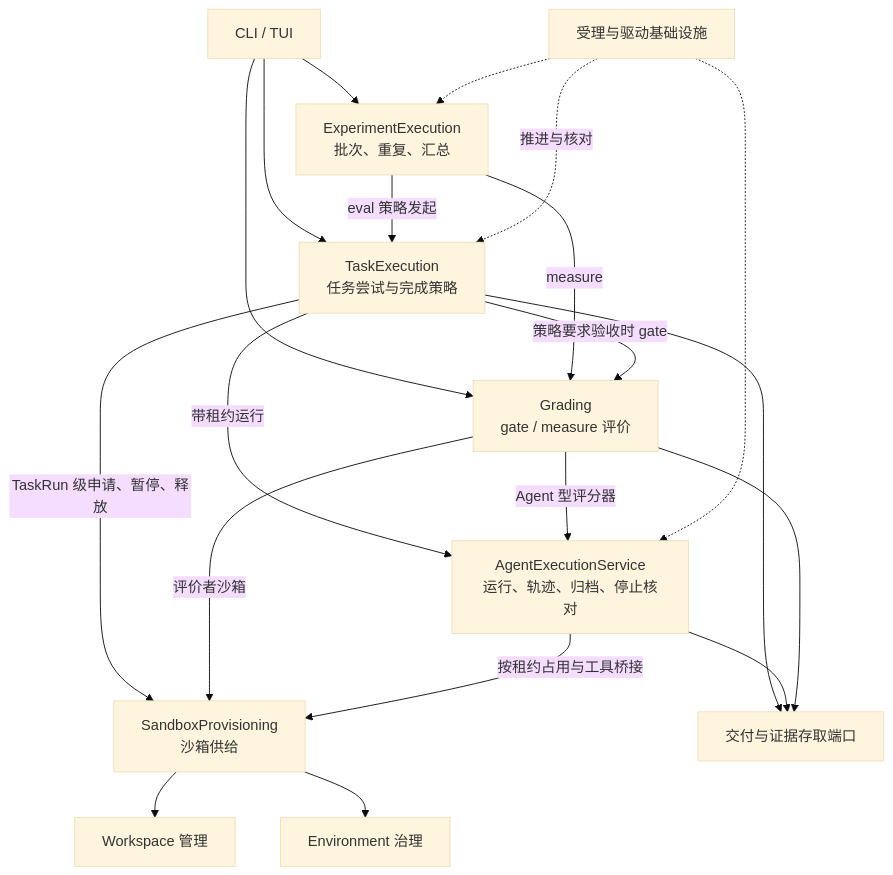
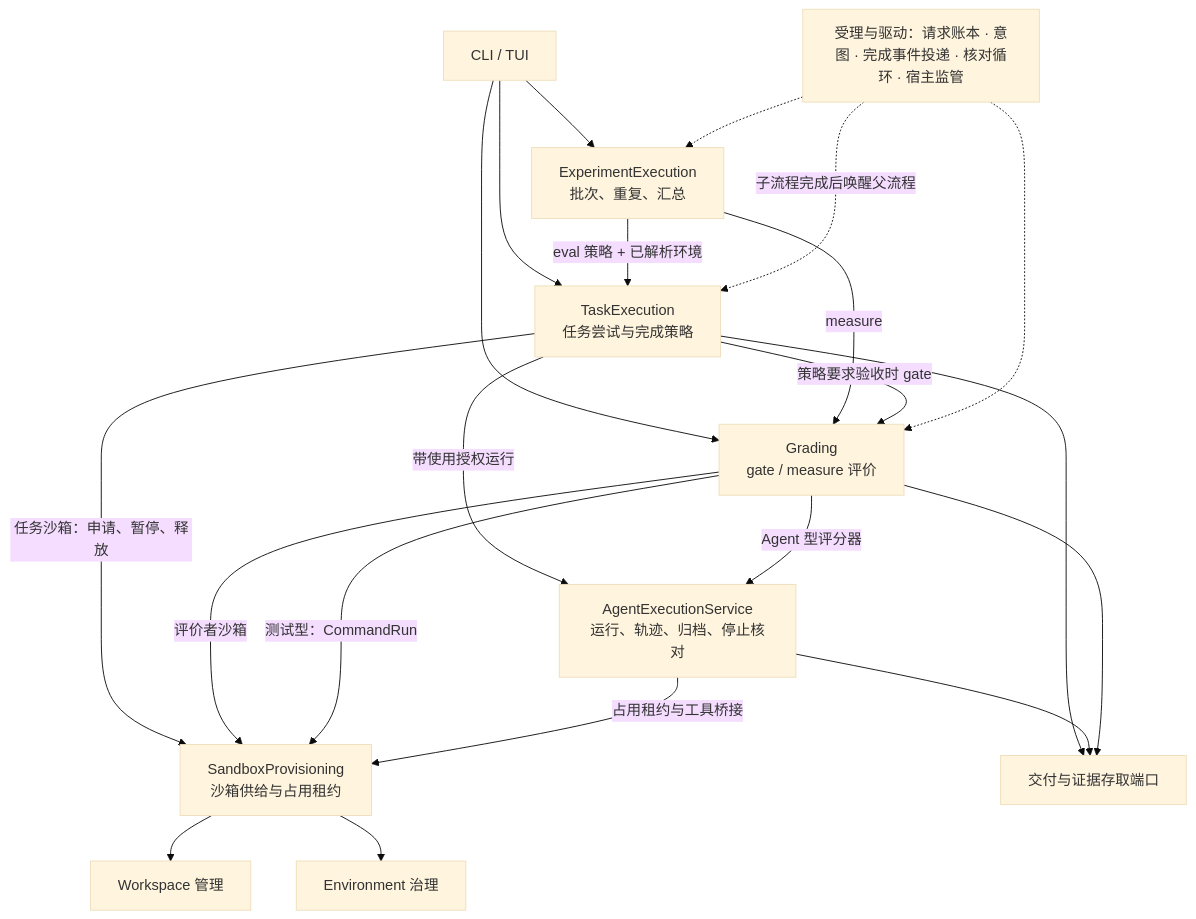
The diagram in docs/assets/r1-app-modules.mmd (MaybeLL/Ground), drawn with Mermaid (base theme) before and after one commit. The commit also changed 19 other files, not shown here.

```diff
--- a/docs/assets/r1-app-modules.mmd
+++ b/docs/assets/r1-app-modules.mmd
@@ -1,20 +1,21 @@
 flowchart TB
   CLI[CLI / TUI] --> TE[TaskExecution<br/>任务尝试与完成策略]
   CLI --> GR[Grading<br/>gate / measure 评价]
   CLI --> EE[ExperimentExecution<br/>批次、重复、汇总]
-  EE -->|eval 策略发起| TE
+  EE -->|eval 策略 + 已解析环境| TE
   EE -->|measure| GR
   TE -->|策略要求验收时 gate| GR
-  TE -->|TaskRun 级申请、暂停、释放| SB[SandboxProvisioning<br/>沙箱供给]
+  TE -->|任务沙箱：申请、暂停、释放| SB[SandboxProvisioning<br/>沙箱供给与占用租约]
   GR -->|评价者沙箱| SB
-  TE -->|带租约运行| AE[AgentExecutionService<br/>运行、轨迹、归档、停止核对]
+  TE -->|带使用授权运行| AE[AgentExecutionService<br/>运行、轨迹、归档、停止核对]
   GR -->|Agent 型评分器| AE
-  AE -->|按租约占用与工具桥接| SB
+  GR -->|测试型：CommandRun| SB
+  AE -->|占用租约与工具桥接| SB
   SB --> W[Workspace 管理]
   SB --> R[Environment 治理]
   TE --> ST[交付与证据存取端口]
   AE --> ST
   GR --> ST
-  DRV[受理与驱动基础设施] -.->|推进与核对| TE
-  DRV -.-> AE
+  DRV[受理与驱动：请求账本 · 意图 · 完成事件投递 · 核对循环 · 宿主监管] -.->|子流程完成后唤醒父流程| TE
   DRV -.-> EE
+  DRV -.-> GR
```
